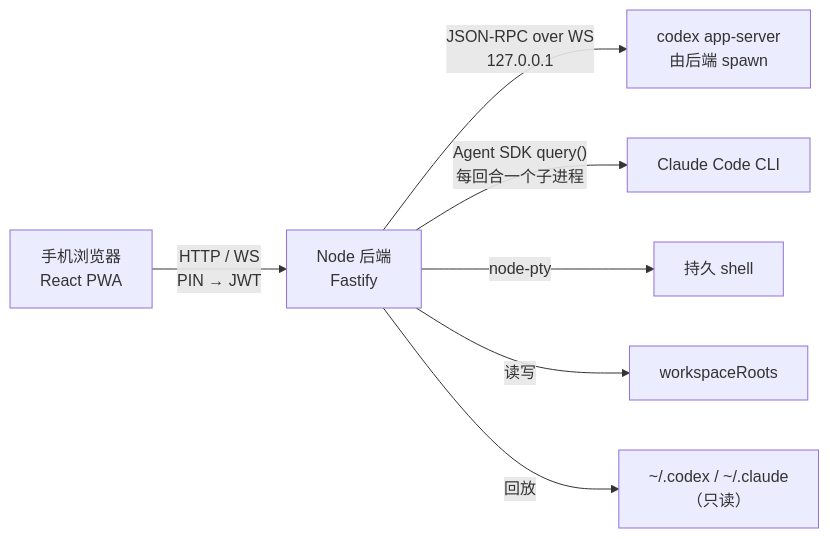
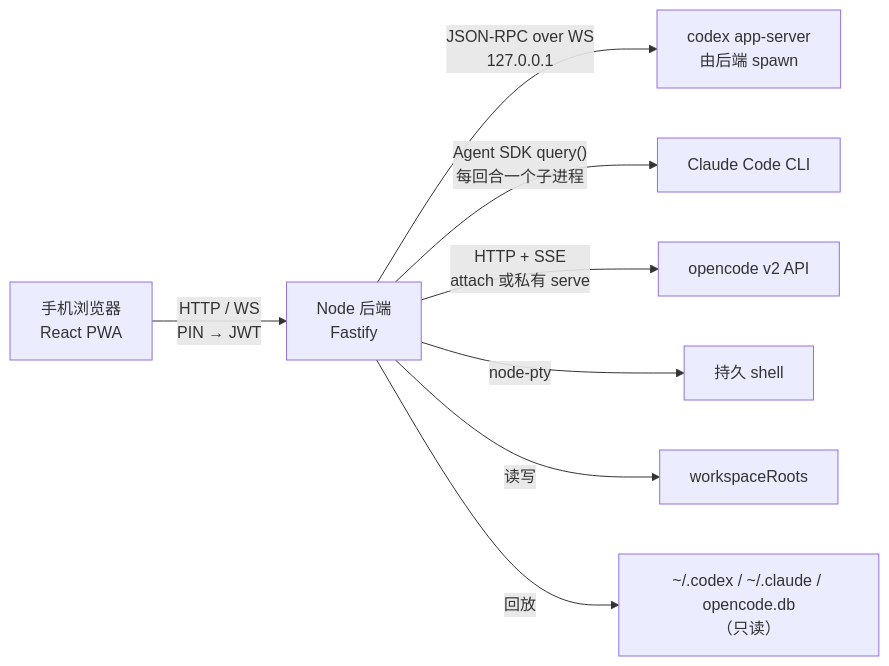
Before and after one commit to aidreamwin/vibemobile: the diagram in docs/architecture.md, drawn with Mermaid. The commit also changed other lines of this file and 52 other files, not shown here.

````diff
--- a/docs/architecture.md
+++ b/docs/architecture.md
@@ -8,9 +8,10 @@
 ```mermaid
 flowchart LR
   phone["手机浏览器<br/>React PWA"] -- HTTP / WS<br/>PIN → JWT --> server["Node 后端<br/>Fastify"]
   server -- "JSON-RPC over WS<br/>127.0.0.1" --> appserver["codex app-server<br/>由后端 spawn"]
   server -- "Agent SDK query()<br/>每回合一个子进程" --> claude["Claude Code CLI"]
+  server -- "HTTP + SSE<br/>attach 或私有 serve" --> opencode["opencode v2 API"]
   server -- "node-pty" --> shell["持久 shell"]
   server -- "读写" --> workspace["workspaceRoots"]
-  server -- "回放" --> transcripts["~/.codex / ~/.claude<br/>（只读）"]
+  server -- "回放" --> transcripts["~/.codex / ~/.claude / opencode.db<br/>（只读）"]
 ```
````
